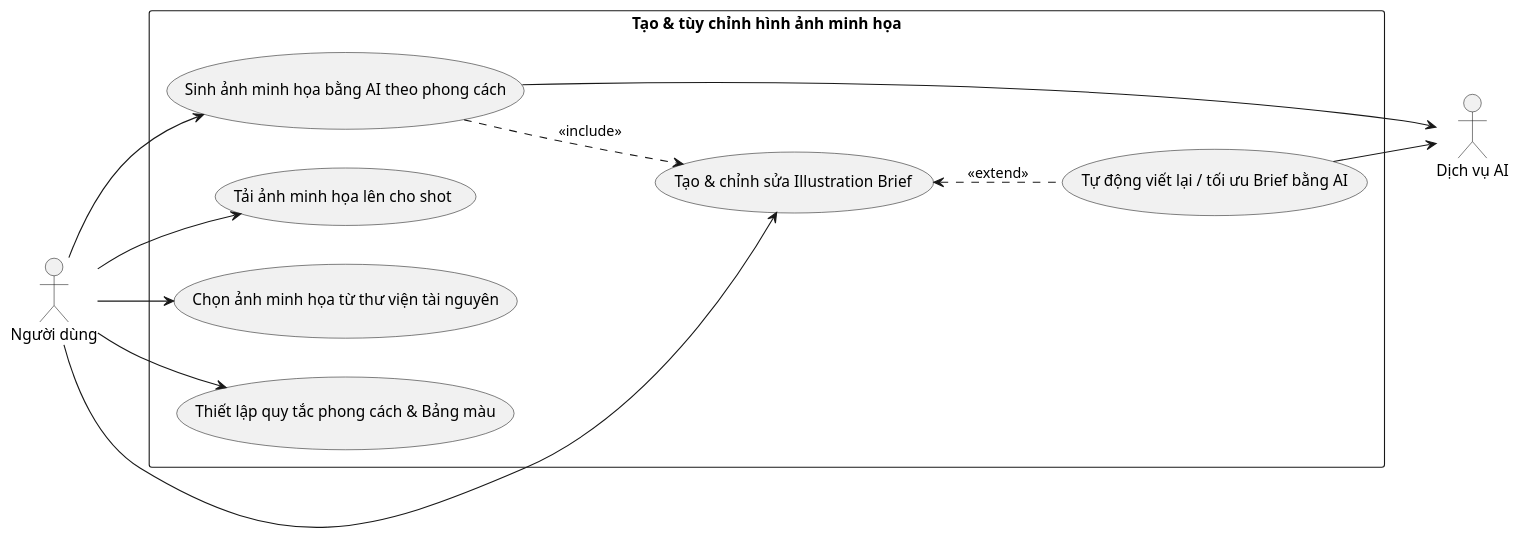
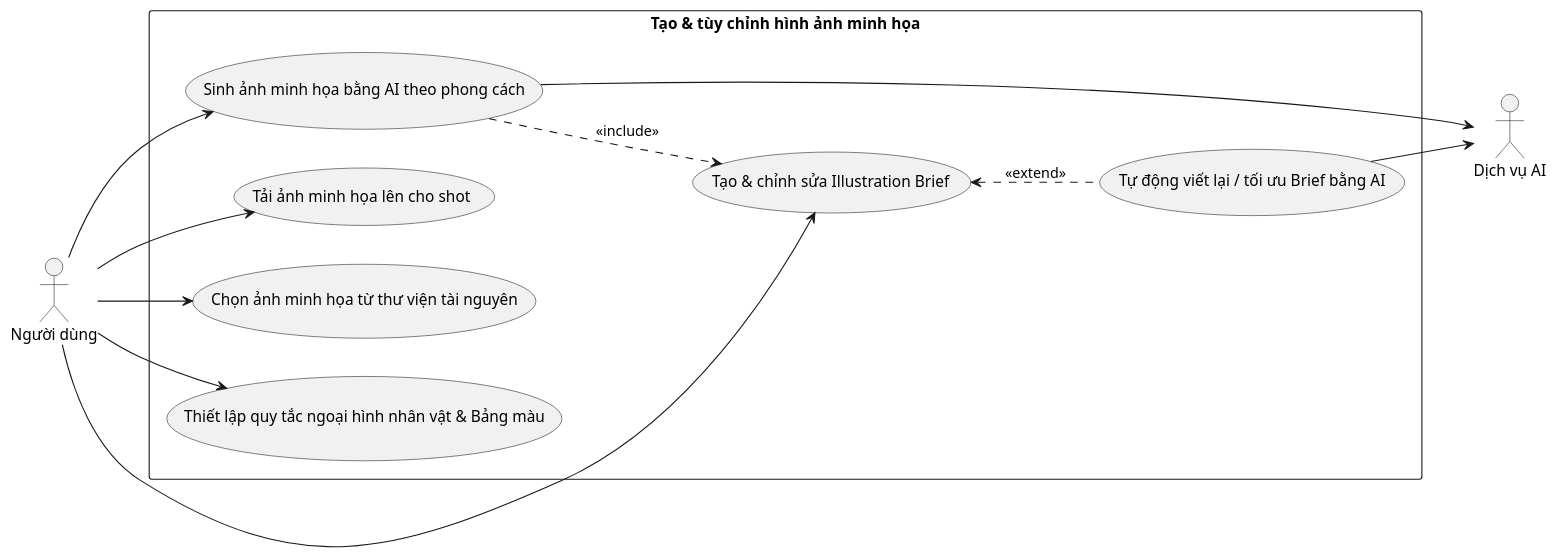
The diagram in docs/bieu-do-uc/bieu-do-phan-ra/tao-va-chinh-sua-storyboard/tao-&-tuy-chinh-hinh-anh-minh-hoa.puml (202416852-anhpv/story2video-docs), drawn with PlantUML before and after one commit. The commit also changed 7 other files, not shown here.

```diff
--- a/docs/bieu-do-uc/bieu-do-phan-ra/tao-va-chinh-sua-storyboard/tao-&-tuy-chinh-hinh-anh-minh-hoa.puml
+++ b/docs/bieu-do-uc/bieu-do-phan-ra/tao-va-chinh-sua-storyboard/tao-&-tuy-chinh-hinh-anh-minh-hoa.puml
@@ -1,28 +1,28 @@
 @startuml tao-&-tuy-chinh-hinh-anh-minh-hoa
 left to right direction
 
 actor "Người dùng" as User
 actor "Dịch vụ AI" as AI_Service
 
 rectangle "Tạo & tùy chỉnh hình ảnh minh họa" {
     usecase "Tạo & chỉnh sửa Illustration Brief" as UC_01
     usecase "Tự động viết lại / tối ưu Brief bằng AI" as UC_02
     usecase "Sinh ảnh minh họa bằng AI theo phong cách" as UC_03
     usecase "Tải ảnh minh họa lên cho shot" as UC_04
     usecase "Chọn ảnh minh họa từ thư viện tài nguyên" as UC_05
-    usecase "Thiết lập quy tắc phong cách & Bảng màu" as UC_06
+    usecase "Thiết lập quy tắc ngoại hình nhân vật & Bảng màu" as UC_06
 }
 
 User --> UC_01
 User --> UC_03
 User --> UC_04
 User --> UC_05
 User --> UC_06
 
 UC_01 <.. UC_02 : <<extend>>
 UC_03 ..> UC_01 : <<include>>
 
 UC_02 --> AI_Service
 UC_03 --> AI_Service
 
 @enduml
```
